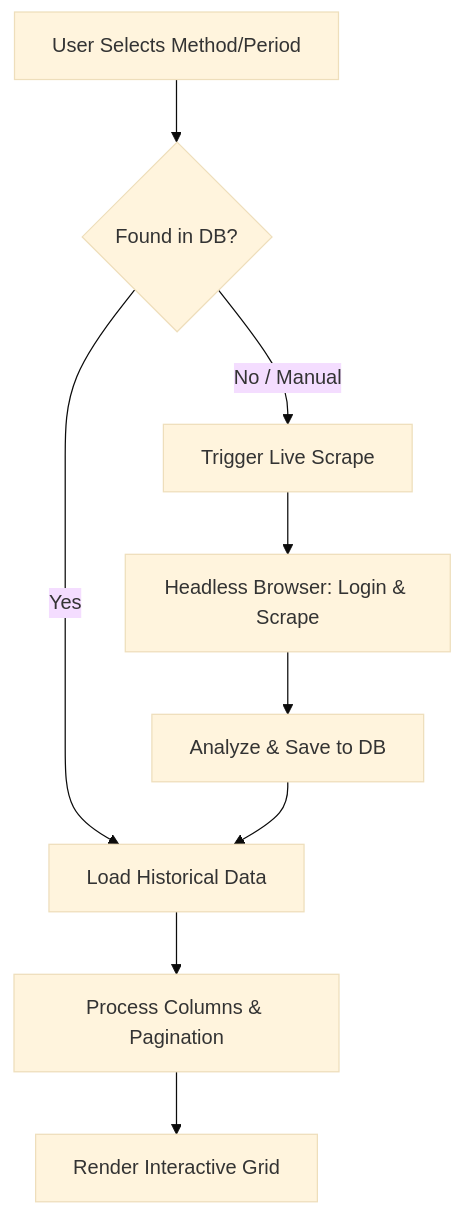
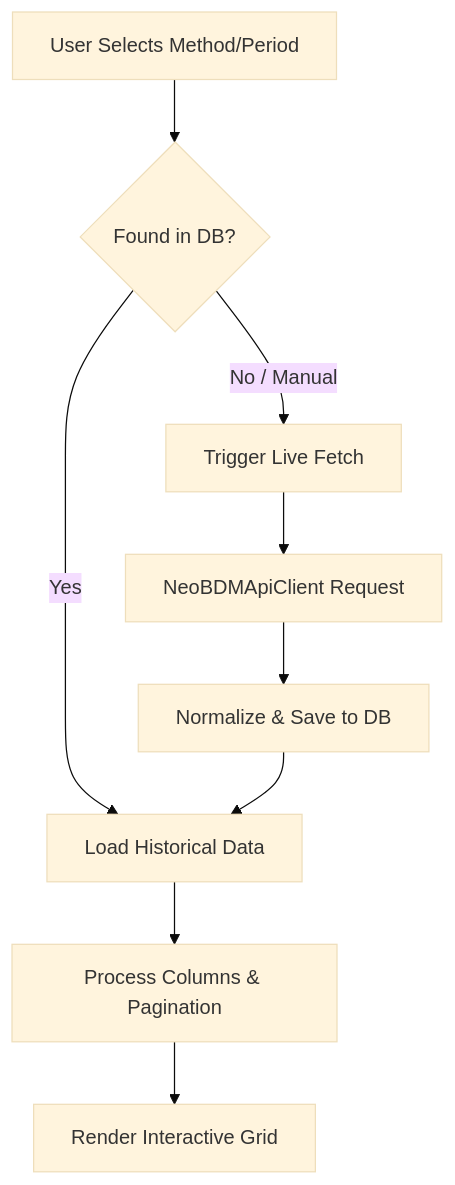
The second of 5 diagrams in docs/MARKET_SUMMARY_DOCUMENTATION.md (juanpradana/MarketPulse), drawn with Mermaid (base theme) before and after one commit. The commit also changed other lines of this file and 10 other files, not shown here.

````diff
--- a/docs/MARKET_SUMMARY_DOCUMENTATION.md
+++ b/docs/MARKET_SUMMARY_DOCUMENTATION.md
@@ -61,11 +61,11 @@
 ```mermaid
 graph TD
     A[User Selects Method/Period] --> B{Found in DB?}
     B -- Yes --> C[Load Historical Data]
-    B -- No / Manual --> D[Trigger Live Scrape]
-    D --> E[Headless Browser: Login & Scrape]
-    E --> F[Analyze & Save to DB]
+    B -- No / Manual --> D[Trigger Live Fetch]
+    D --> E[NeoBDMApiClient Request]
+    E --> F[Normalize & Save to DB]
     F --> C
     C --> G[Process Columns & Pagination]
     G --> H[Render Interactive Grid]
 ```
````
